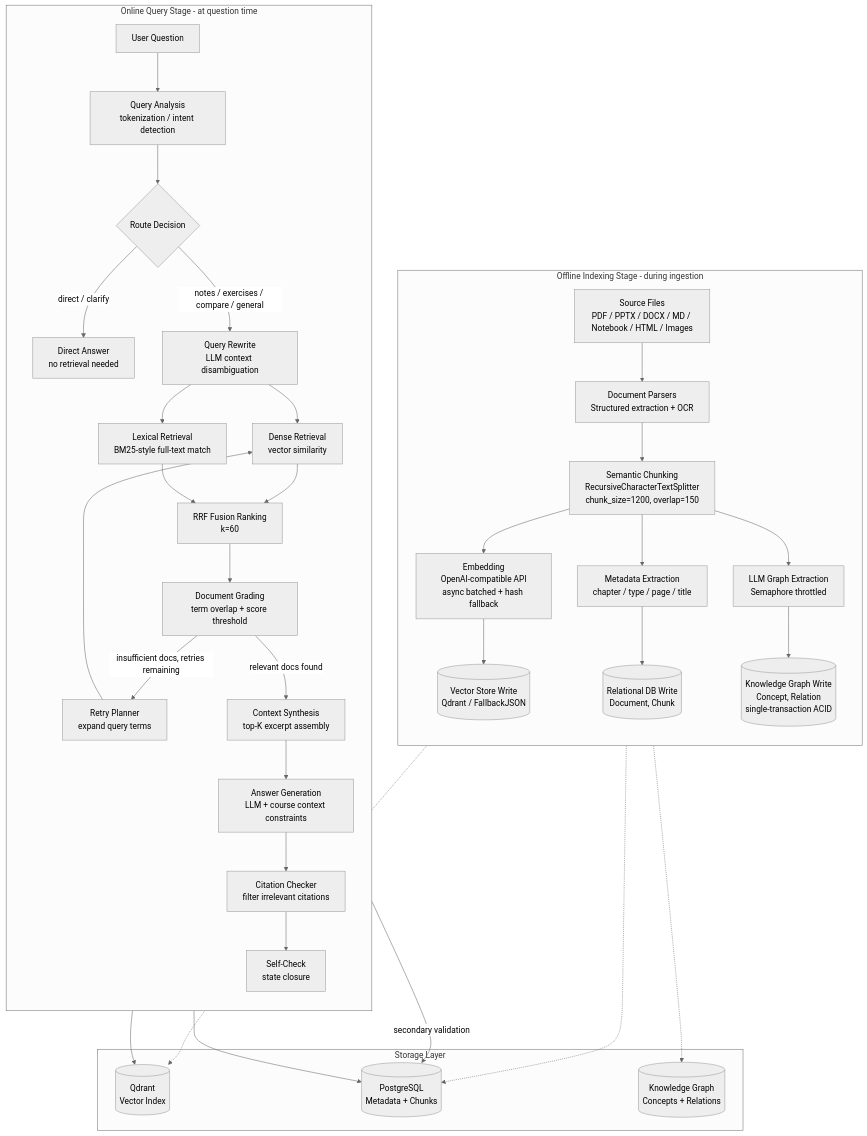
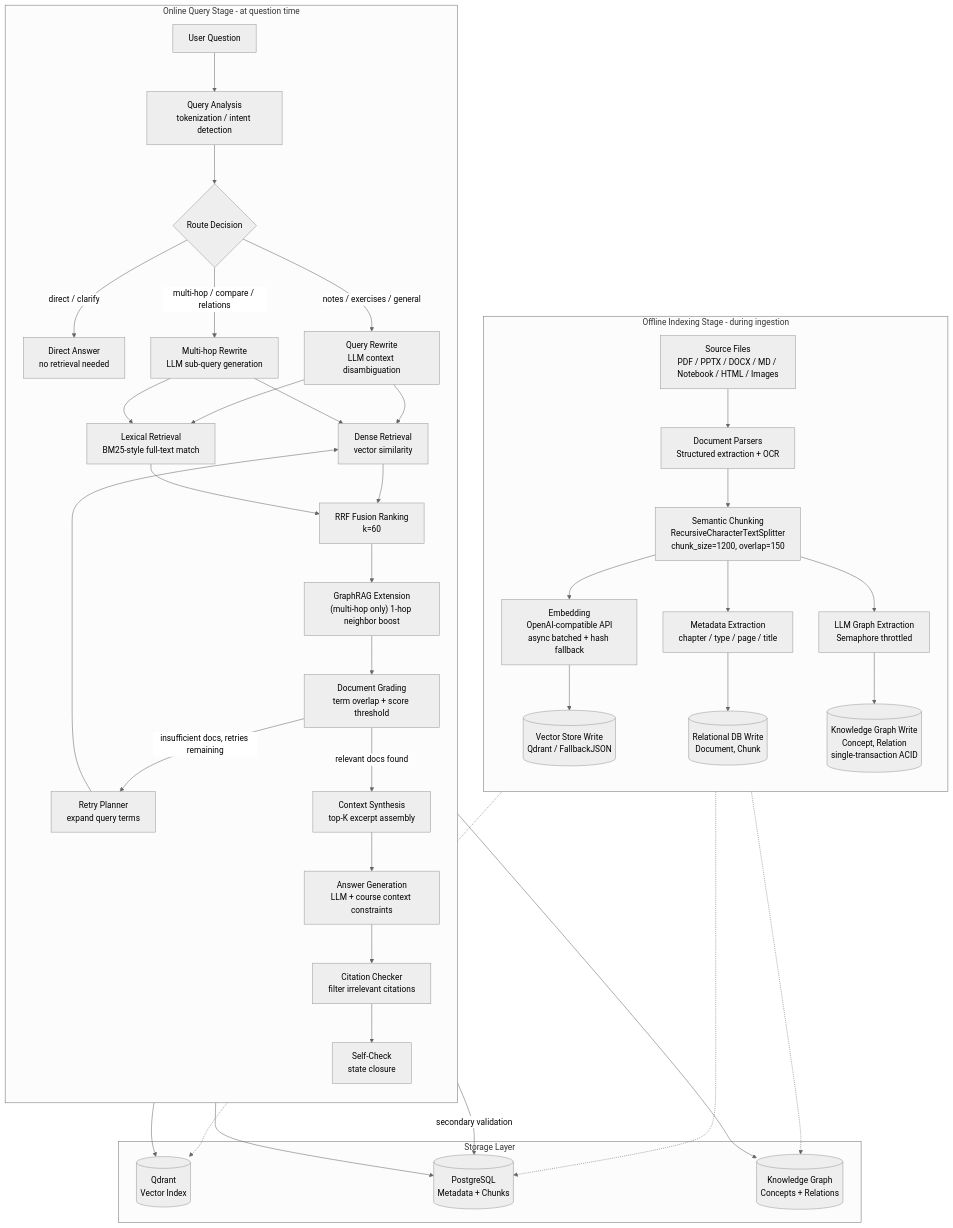
One commit to Sggggt/DialoGraph changed the fourth of 6 diagrams in README.en.md. Above: the diagram before and after it, drawn with Mermaid (neutral theme). The commit also changed other lines of this file and 32 other files, not shown here.

Commit message:
feat: 恢复了某些事务的ACID特性，增加GraphRAG架构，支持图增强检索

````diff
--- a/README.en.md
+++ b/README.en.md
@@ -367,47 +383,52 @@
 ```mermaid
 flowchart TB
     subgraph OFFLINE["Offline Indexing Stage - during ingestion"]
         direction TB
         SRC["Source Files<br/>PDF / PPTX / DOCX / MD / Notebook / HTML / Images"]
         SRC --> PARSE["Document Parsers<br/>Structured extraction + OCR"]
         PARSE --> CHUNK["Semantic Chunking<br/>RecursiveCharacterTextSplitter<br/>chunk_size=1200, overlap=150"]
         CHUNK --> EMB["Embedding<br/>OpenAI-compatible API<br/>async batched + hash fallback"]
         CHUNK --> META["Metadata Extraction<br/>chapter / type / page / title"]
         EMB --> VEC_W[("Vector Store Write<br/>Qdrant / FallbackJSON")]
         META --> DB_W[("Relational DB Write<br/>Document, Chunk")]
         CHUNK --> LLM_G["LLM Graph Extraction<br/>Semaphore throttled"]
         LLM_G --> GRAPH_W[("Knowledge Graph Write<br/>Concept, Relation<br/>single-transaction ACID")]
     end
 
     subgraph ONLINE["Online Query Stage - at question time"]
         direction TB
         Q["User Question"] --> QA["Query Analysis<br/>tokenization / intent detection"]
         QA --> ROUTE{"Route Decision"}
         ROUTE -->|direct / clarify| DIRECT["Direct Answer<br/>no retrieval needed"]
-        ROUTE -->|notes / exercises / compare / general| REWRITE["Query Rewrite<br/>LLM context disambiguation"]
+        ROUTE -->|notes / exercises / general| REWRITE["Query Rewrite<br/>LLM context disambiguation"]
+        ROUTE -->|multi-hop / compare / relations| MULTI_HOP["Multi-hop Rewrite<br/>LLM sub-query generation"]
         REWRITE --> DENSE["Dense Retrieval<br/>vector similarity"]
         REWRITE --> LEX["Lexical Retrieval<br/>BM25-style full-text match"]
+        MULTI_HOP --> DENSE
+        MULTI_HOP --> LEX
         DENSE --> RRF["RRF Fusion Ranking<br/>k=60"]
         LEX --> RRF
-        RRF --> GRADE["Document Grading<br/>term overlap + score threshold"]
+        RRF --> GRAPH_EXT["GraphRAG Extension<br/>(multi-hop only) 1-hop neighbor boost"]
+        GRAPH_EXT --> GRADE["Document Grading<br/>term overlap + score threshold"]
         GRADE -->|insufficient docs, retries remaining| RETRY["Retry Planner<br/>expand query terms"]
         RETRY --> DENSE
         GRADE -->|relevant docs found| CTX["Context Synthesis<br/>top-K excerpt assembly"]
         CTX --> GEN["Answer Generation<br/>LLM + course context constraints"]
         GEN --> CITE["Citation Checker<br/>filter irrelevant citations"]
         CITE --> SELF["Self-Check<br/>state closure"]
     end
 
     subgraph STORAGE["Storage Layer"]
         VEC[("Qdrant<br/>Vector Index")]
         DB[("PostgreSQL<br/>Metadata + Chunks")]
         KG[("Knowledge Graph<br/>Concepts + Relations")]
     end
 
     VEC_W -.-> VEC
     DB_W -.-> DB
     GRAPH_W -.-> KG
     DENSE --> VEC
     LEX --> DB
+    GRAPH_EXT --> KG
     GRADE -->|secondary validation| DB
 ```
````
